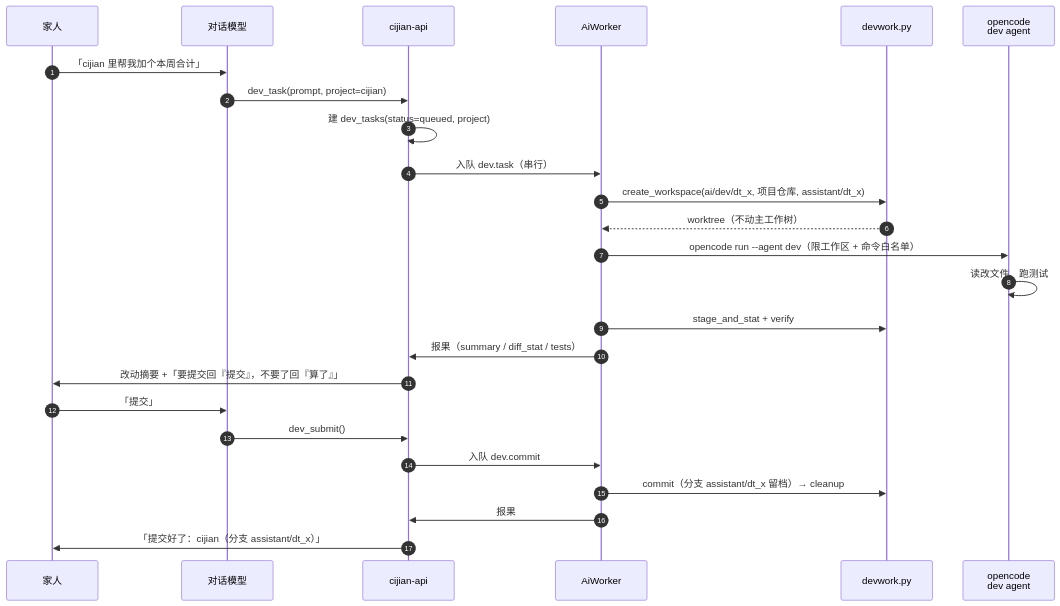
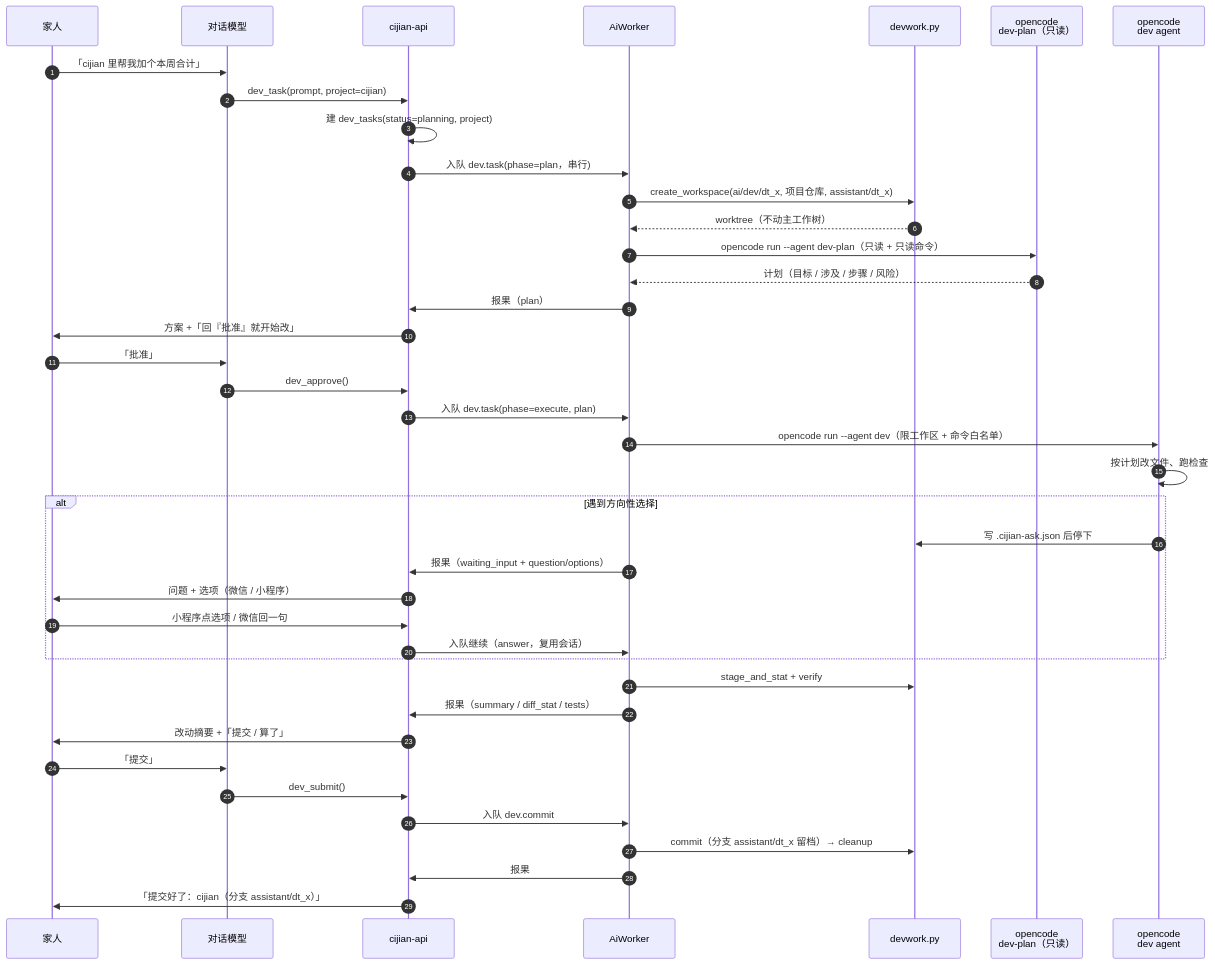
One commit to xuxun22/cijian changed the sixth of 9 diagrams in docs/15-assistant-architecture.md. Above: the diagram before and after it, drawn with Mermaid. The commit also changed other lines of this file and 6 other files, not shown here.

````diff
--- a/docs/15-assistant-architecture.md
+++ b/docs/15-assistant-architecture.md
@@ -267,28 +267,43 @@
 ```mermaid
 sequenceDiagram
     autonumber
     participant U as 家人
     participant OC as 对话模型
     participant API as cijian-api
     participant W as AiWorker
     participant DW as devwork.py
+    participant PLAN as opencode<br/>dev-plan（只读）
     participant DEV as opencode<br/>dev agent
 
     U->>OC: 「cijian 里帮我加个本周合计」
     OC->>API: dev_task(prompt, project=cijian)
-    API->>API: 建 dev_tasks(status=queued, project)
-    API->>W: 入队 dev.task（串行）
+    API->>API: 建 dev_tasks(status=planning, project)
+    API->>W: 入队 dev.task(phase=plan，串行)
     W->>DW: create_workspace(ai/dev/dt_x, 项目仓库, assistant/dt_x)
     DW-->>W: worktree（不动主工作树）
+    W->>PLAN: opencode run --agent dev-plan（只读 + 只读命令）
+    PLAN-->>W: 计划（目标 / 涉及 / 步骤 / 风险）
+    W->>API: 报果（plan）
+    API->>U: 方案 +「回『批准』就开始改」
+    U->>OC: 「批准」
+    OC->>API: dev_approve()
+    API->>W: 入队 dev.task(phase=execute, plan)
     W->>DEV: opencode run --agent dev（限工作区 + 命令白名单）
-    DEV->>DEV: 读改文件、跑测试
+    DEV->>DEV: 按计划改文件、跑检查
+    alt 遇到方向性选择
+        DEV->>DW: 写 .cijian-ask.json 后停下
+        W->>API: 报果（waiting_input + question/options）
+        API->>U: 问题 + 选项（微信 / 小程序）
+        U->>API: 小程序点选项 / 微信回一句
+        API->>W: 入队继续（answer，复用会话）
+    end
     W->>DW: stage_and_stat + verify
     W->>API: 报果（summary / diff_stat / tests）
-    API->>U: 改动摘要 +「要提交回『提交』，不要了回『算了』」
+    API->>U: 改动摘要 +「提交 / 算了」
     U->>OC: 「提交」
     OC->>API: dev_submit()
     API->>W: 入队 dev.commit
     W->>DW: commit（分支 assistant/dt_x 留档）→ cleanup
     W->>API: 报果
     API->>U: 「提交好了：cijian（分支 assistant/dt_x）」
 ```
````
